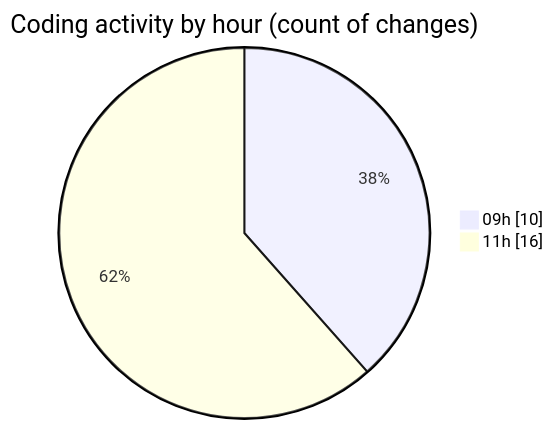
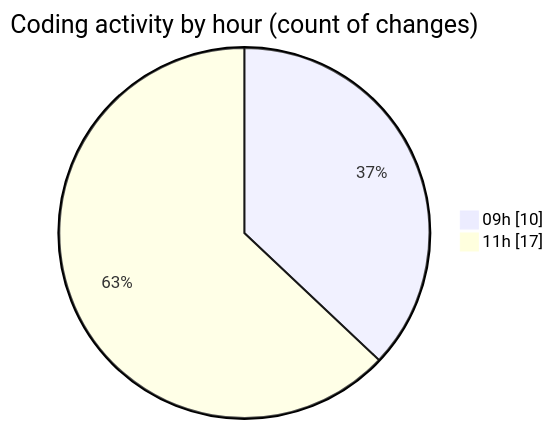
Before and after one commit to momahboobian/code-tracking: the second of 2 diagrams in 2026-05-07/cda/README.md, drawn with Mermaid. The commit also changed other lines of this file and 1 other file, not shown here.

````diff
--- a/2026-05-07/cda/README.md
+++ b/2026-05-07/cda/README.md
@@ -42,6 +43,6 @@
 ```mermaid
 pie showData
 title Coding activity by hour (count of changes)
 "09h" : 10
-"11h" : 16
+"11h" : 17
 ```
````
